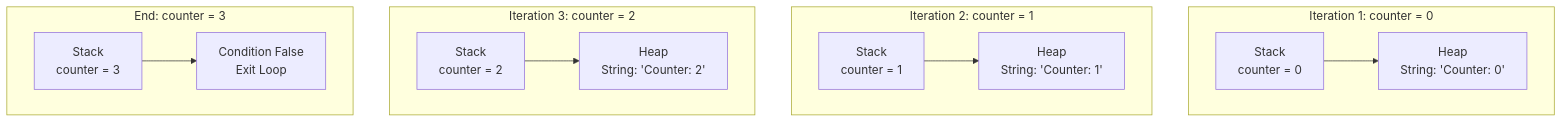
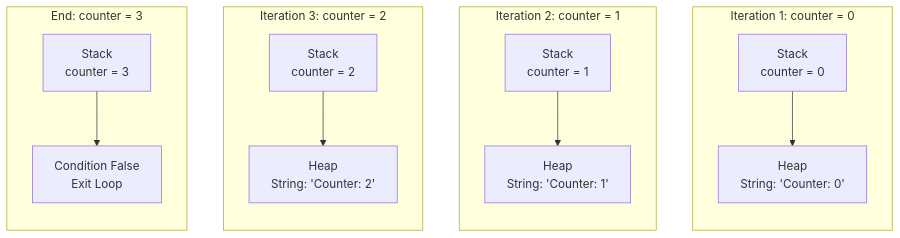
One commit to BasharAlwarad/Software_Engineering_course changed the second of 6 diagrams in LOOP.md. Above: the diagram before and after it, drawn with Mermaid. The commit also changed other lines of this file and 1 other file, not shown here.

````diff
--- a/LOOP.md
+++ b/LOOP.md
@@ -91,25 +91,29 @@
 ```mermaid
 graph TD
-    subgraph "Iteration 1: counter = 0"
-        S1["Stack<br/>counter = 0"]
-        H1["Heap<br/>String: 'Counter: 0'"]
-        S1 --> H1
-    end
+  subgraph "Iteration 1: counter = 0"
+    direction TB
+    S1["Stack<br/>counter = 0"]
+    H1["Heap<br/>String: 'Counter: 0'"]
+    S1 --> H1
+  end
 
-    subgraph "Iteration 2: counter = 1"
-        S2["Stack<br/>counter = 1"]
-        H2["Heap<br/>String: 'Counter: 1'"]
-        S2 --> H2
-    end
+  subgraph "Iteration 2: counter = 1"
+    direction TB
+    S2["Stack<br/>counter = 1"]
+    H2["Heap<br/>String: 'Counter: 1'"]
+    S2 --> H2
+  end
 
-    subgraph "Iteration 3: counter = 2"
-        S3["Stack<br/>counter = 2"]
-        H3["Heap<br/>String: 'Counter: 2'"]
-        S3 --> H3
-    end
+  subgraph "Iteration 3: counter = 2"
+    direction TB
+    S3["Stack<br/>counter = 2"]
+    H3["Heap<br/>String: 'Counter: 2'"]
+    S3 --> H3
+  end
 
-    subgraph "End: counter = 3"
-        S4["Stack<br/>counter = 3"]
-        S4 --> E["Condition False<br/>Exit Loop"]
-    end
+  subgraph "End: counter = 3"
+    direction TB
+    S4["Stack<br/>counter = 3"]
+    S4 --> E["Condition False<br/>Exit Loop"]
+  end
 ```
````
